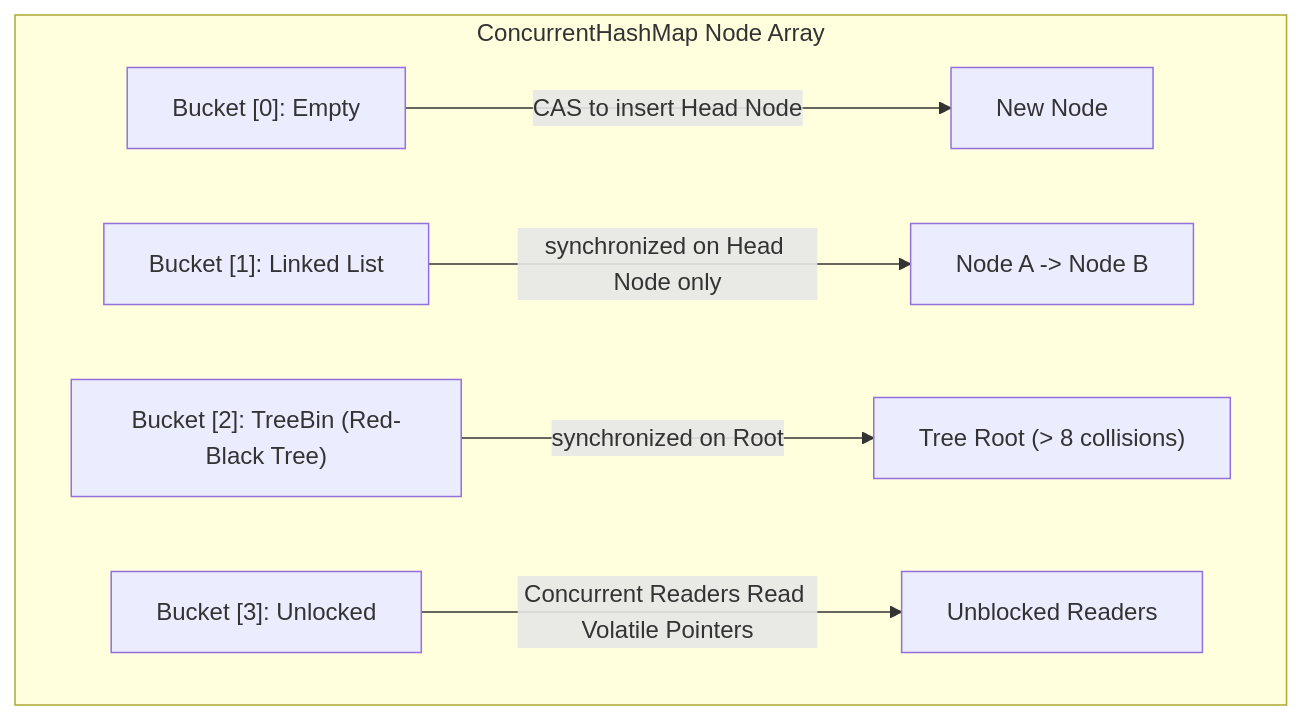
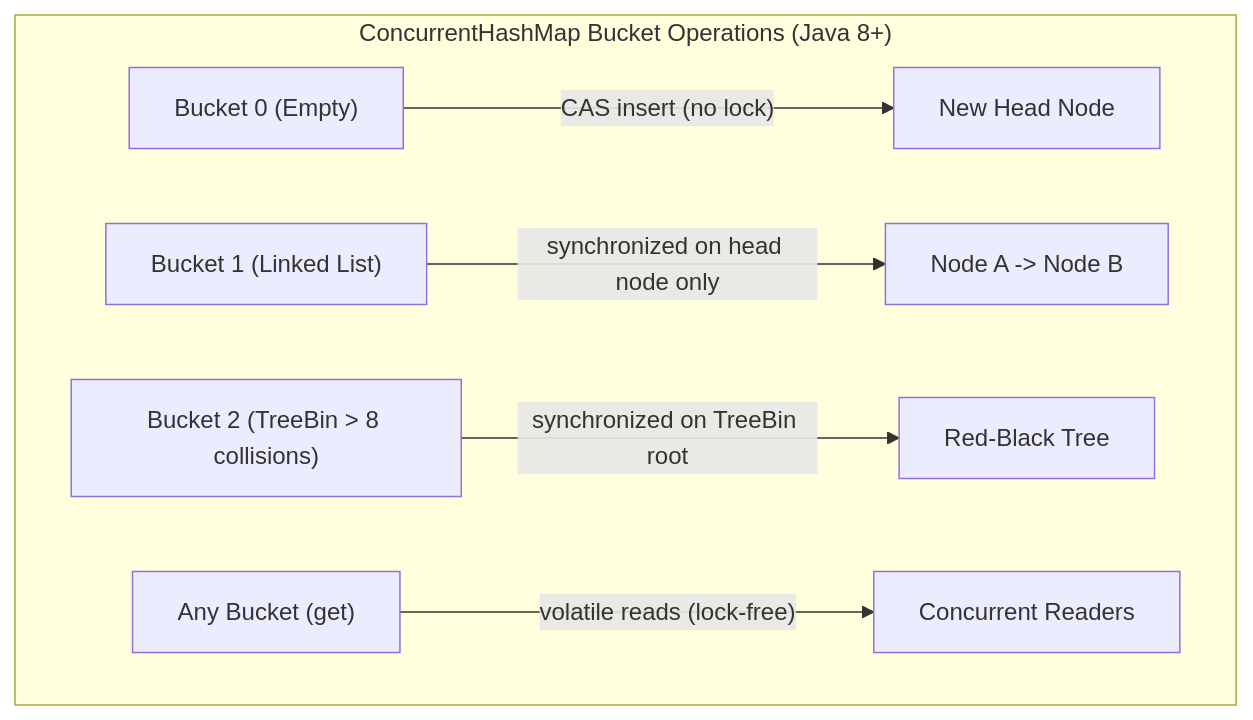
Before and after one commit to ravishankar2463/java_hub: the third of 3 diagrams in content/roadmap/level-5/the-javautilconcurrent-package.md, drawn with Mermaid. The commit also changed other lines of this file and 119 other files, not shown here.

Commit message:
feat: add comprehensive java learning roadmap content across multiple levels

````diff
--- a/content/roadmap/level-5/the-javautilconcurrent-package.md
+++ b/content/roadmap/level-5/the-javautilconcurrent-package.md
@@ -323,9 +355,9 @@
 ```mermaid
 flowchart TD
-    subgraph "ConcurrentHashMap Node Array"
-        B0["Bucket [0]: Empty"] -->|CAS to insert Head Node| N0["New Node"]
-        B1["Bucket [1]: Linked List"] -->|synchronized on Head Node only| L1["Node A -> Node B"]
-        B2["Bucket [2]: TreeBin (Red-Black Tree)"] -->|synchronized on Root| T1["Tree Root (> 8 collisions)"]
-        B3["Bucket [3]: Unlocked"] -->|Concurrent Readers Read Volatile Pointers| R1["Unblocked Readers"]
+    subgraph CHM["ConcurrentHashMap Bucket Operations (Java 8+)"]
+        B0["Bucket 0 (Empty)"] -->|"CAS insert (no lock)"| N0["New Head Node"]
+        B1["Bucket 1 (Linked List)"] -->|"synchronized on head node only"| L1["Node A -> Node B"]
+        B2["Bucket 2 (TreeBin > 8 collisions)"] -->|"synchronized on TreeBin root"| T1["Red-Black Tree"]
+        B3["Any Bucket (get)"] -->|"volatile reads (lock-free)"| R1["Concurrent Readers"]
     end
 ```
````
